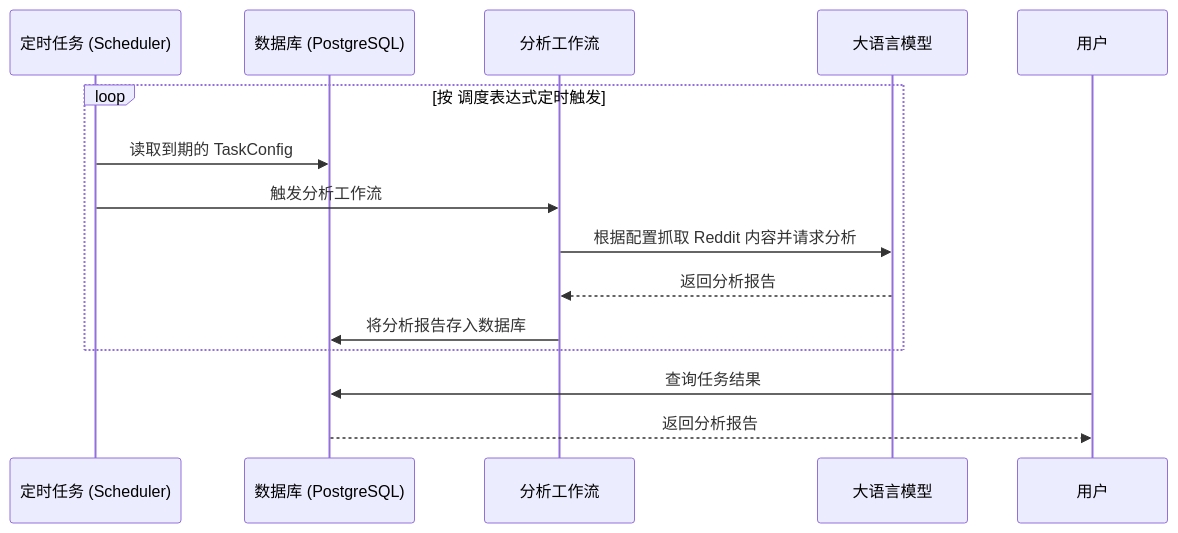
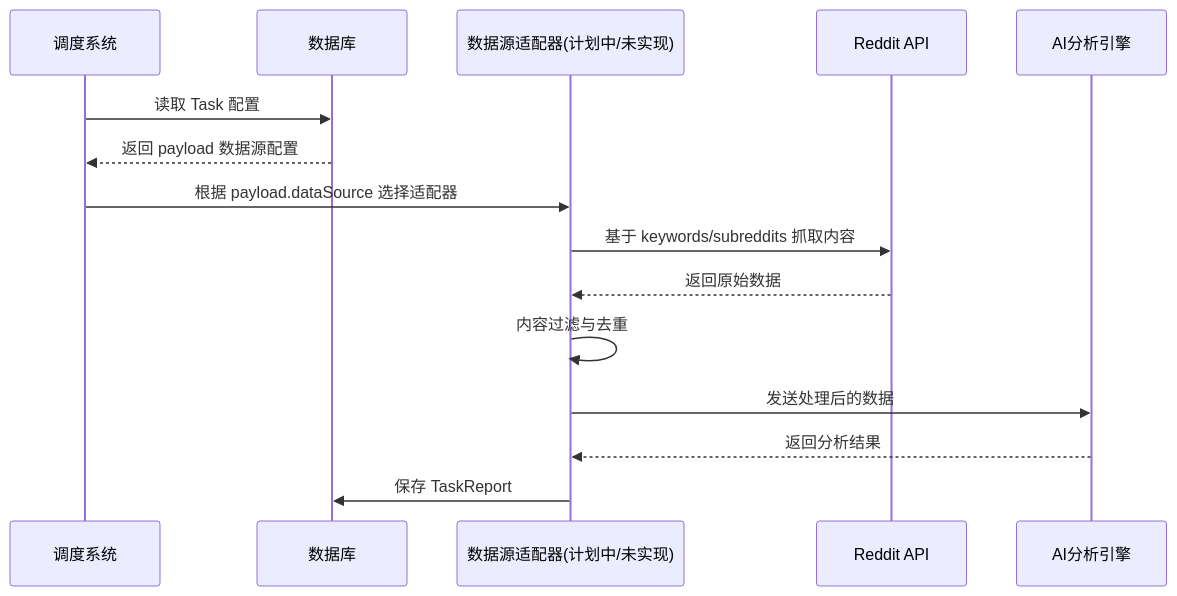
The third of 4 diagrams in README.md (JinJieBeWater/redgent), drawn with Mermaid before and after one commit. The commit also changed other lines of this file and 9 other files, not shown here.

````diff
--- a/README.md
+++ b/README.md
@@ -145,19 +116,18 @@
 ```mermaid
 sequenceDiagram
-    participant SCH as 定时任务 (Scheduler)
-    participant DB as 数据库 (PostgreSQL)
-    participant WF as 分析工作流
-    participant LLM as 大语言模型
-    participant U as 用户
+    participant SCH as 调度系统
+    participant DB as 数据库
+    participant DS as 数据源适配器(计划中/未实现)
+    participant Reddit as Reddit API
+    participant AI as AI分析引擎
 
-    loop 按 调度表达式定时触发
-        SCH->>DB: 读取到期的 TaskConfig
-        SCH->>WF: 触发分析工作流
-        WF->>LLM: 根据配置抓取 Reddit 内容并请求分析
-        LLM-->>WF: 返回分析报告
-        WF->>DB: 将分析报告存入数据库
-    end
-
-    U->>DB: 查询任务结果
-    DB-->>U: 返回分析报告
+    SCH->>DB: 读取 Task 配置
+    DB-->>SCH: 返回 payload 数据源配置
+    SCH->>DS: 根据 payload.dataSource 选择适配器
+    DS->>Reddit: 基于 keywords/subreddits 抓取内容
+    Reddit-->>DS: 返回原始数据
+    DS->>DS: 内容过滤与去重
+    DS->>AI: 发送处理后的数据
+    AI-->>DS: 返回分析结果
+    DS->>DB: 保存 TaskReport
 ```
````
